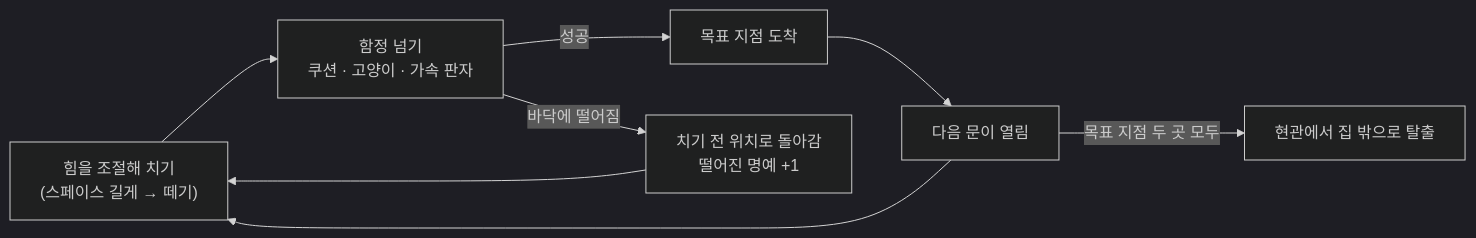
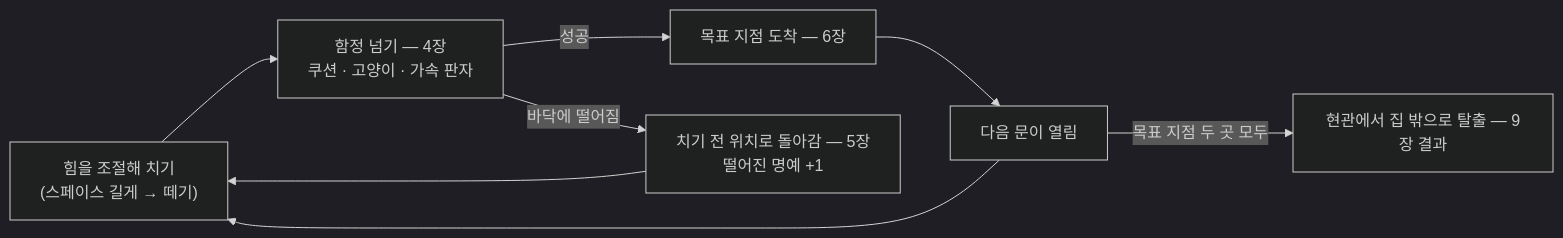
Before and after one commit to pinkshield/portfolio: the first of 2 diagrams in src/3-escape-for-freedom/기술문서.md, drawn with Mermaid (dark theme). The commit also changed other lines of this file and 3 other files, not shown here.

````diff
--- a/src/3-escape-for-freedom/기술문서.md
+++ b/src/3-escape-for-freedom/기술문서.md
@@ -61,10 +89,10 @@
 ```mermaid
 flowchart LR
-    A["힘을 조절해 치기<br/>(스페이스 길게 → 떼기)"] --> B["함정 넘기<br/>쿠션 · 고양이 · 가속 판자"]
-    B -->|"성공"| C["목표 지점 도착"]
+    A["힘을 조절해 치기<br/>(스페이스 길게 → 떼기)"] --> B["함정 넘기 — 4장<br/>쿠션 · 고양이 · 가속 판자"]
+    B -->|"성공"| C["목표 지점 도착 — 6장"]
     C --> D["다음 문이 열림"]
     D --> A
-    B -->|"바닥에 떨어짐"| F["치기 전 위치로 돌아감<br/>떨어진 명예 +1"]
+    B -->|"바닥에 떨어짐"| F["치기 전 위치로 돌아감 — 5장<br/>떨어진 명예 +1"]
     F --> A
-    D -->|"목표 지점 두 곳 모두"| E["현관에서 집 밖으로 탈출"]
+    D -->|"목표 지점 두 곳 모두"| E["현관에서 집 밖으로 탈출 — 9장 결과"]
 ```
````
